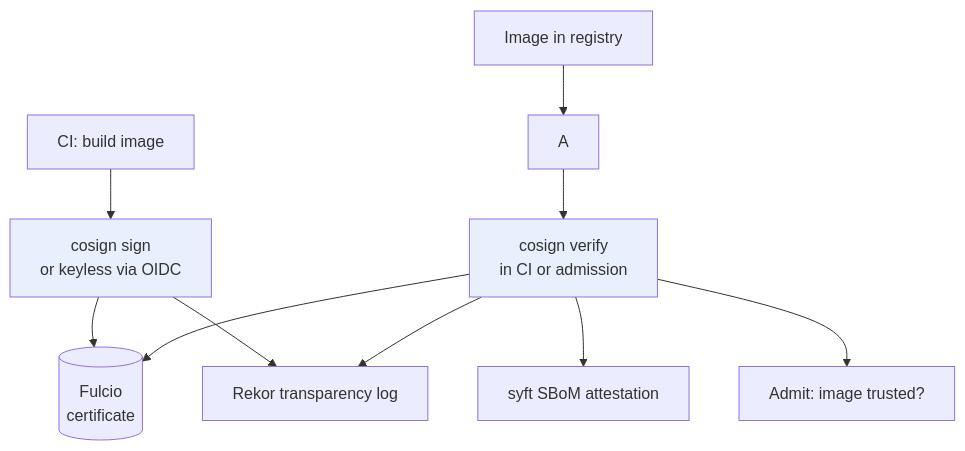
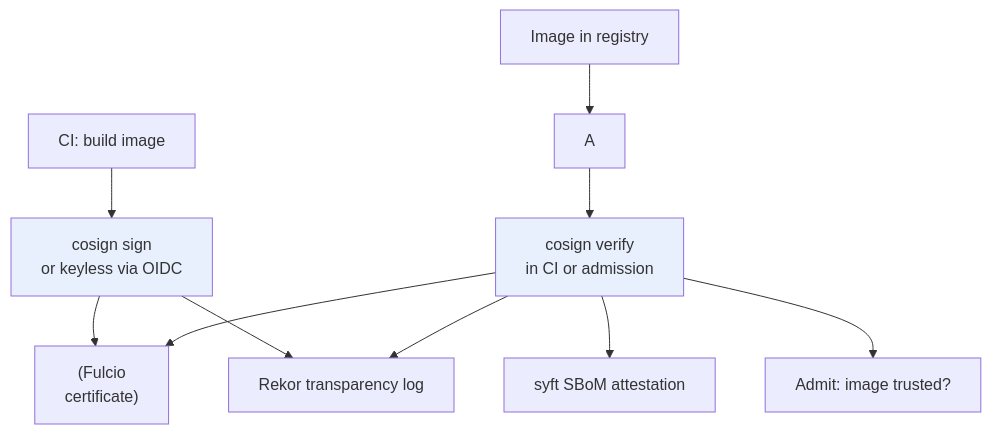
One commit to WhoisMonesh/K8S-Everything changed the diagram in 11-supply-chain/cosign.md. Above: the diagram before and after it, drawn with Mermaid. The commit also changed 62 other files, not shown here.

First line of the commit message:
Fix all Mermaid diagrams for GitHub compatibility

````diff
--- a/11-supply-chain/cosign.md
+++ b/11-supply-chain/cosign.md
@@ -7,14 +7,14 @@
 ```mermaid
 graph TD
     Build[CI: build image] --> Sign[cosign sign<br/>or keyless via OIDC]
-    Sign --> ID[(Fulcio<br/>certificate)]
+    Sign --> ID["(Fulcio<br/>certificate)"]
     Sign --> REK[Rekor transparency log]
     Image[Image in registry] --> Pull[A]
     Pull --> Verify[cosign verify<br/>in CI or admission]
     Verify --> ID
     Verify --> REK
     Verify --> SBoM[syft SBoM attestation]
     Verify --> Dec[Admit: image trusted?]
     style Sign fill:#e8f0fe
     style Verify fill:#e8f0fe
 ```
````
